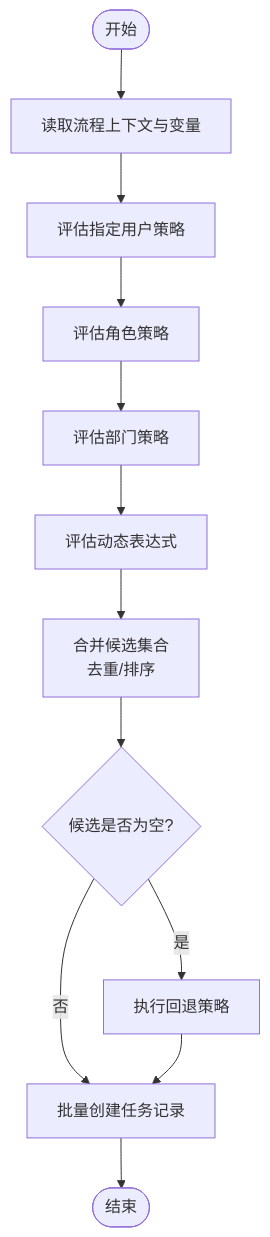
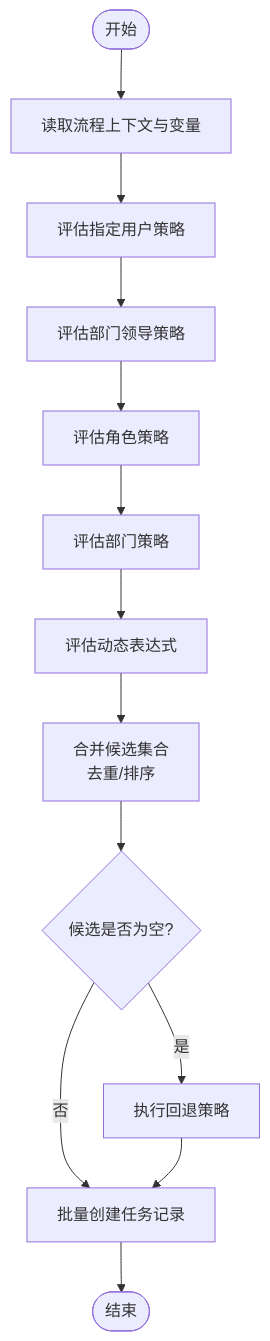
One commit to liming-lihaini/workflow changed the fourth of 7 diagrams in .qoder/repowiki/zh/content/任务管理/任务分配策略.md. Above: the diagram before and after it, drawn with Mermaid. The commit also changed other lines of this file and 49 other files, not shown here.

````diff
--- a/.qoder/repowiki/zh/content/任务管理/任务分配策略.md
+++ b/.qoder/repowiki/zh/content/任务管理/任务分配策略.md
@@ -222,14 +293,15 @@
 ```mermaid
 flowchart TD
 Start(["开始"]) --> ReadCtx["读取流程上下文与变量"]
 ReadCtx --> EvalSpec["评估指定用户策略"]
-EvalSpec --> EvalRole["评估角色策略"]
+EvalSpec --> EvalDeptLeader["评估部门领导策略"]
+EvalDeptLeader --> EvalRole["评估角色策略"]
 EvalRole --> EvalDept["评估部门策略"]
 EvalDept --> EvalExpr["评估动态表达式"]
 EvalExpr --> Merge["合并候选集合<br/>去重/排序"]
 Merge --> EmptyCheck{"候选是否为空?"}
 EmptyCheck --> |是| Fallback["执行回退策略"]
 EmptyCheck --> |否| WriteTasks["批量创建任务记录"]
 Fallback --> WriteTasks
 WriteTasks --> End(["结束"])
 ```
````
